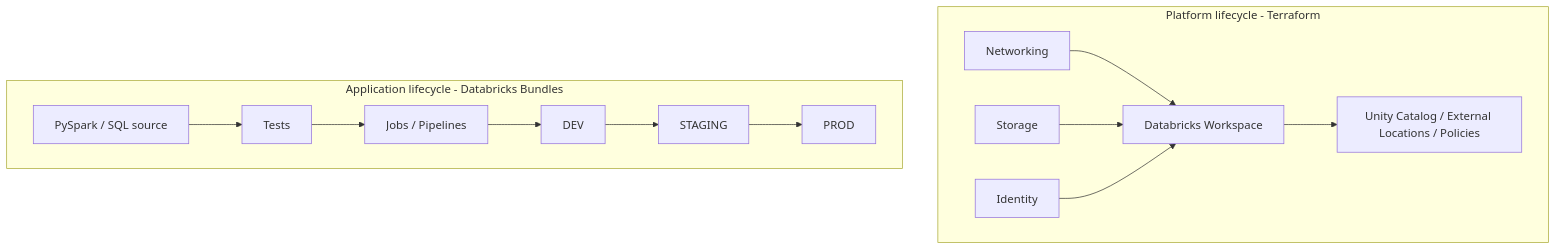
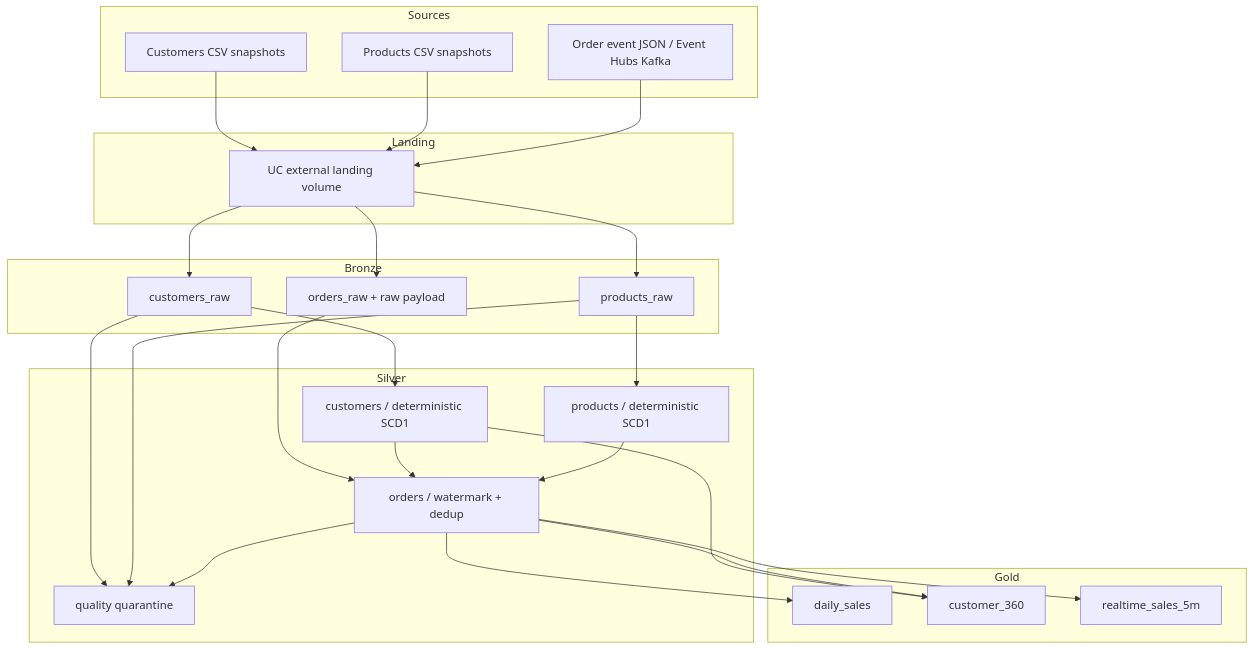
Before and after one commit to MehdiTAZI/modern-data-platform-reference: the diagram in README.md, drawn with Mermaid. The commit also changed other lines of this file and 164 other files, not shown here.

````diff
--- a/README.md
+++ b/README.md
@@ -75,17 +35,45 @@
 ```mermaid
 flowchart TB
-    subgraph Platform[Platform lifecycle - Terraform]
-      N[Networking] --> W[Databricks Workspace]
-      S[Storage] --> W
-      I[Identity] --> W
-      W --> U[Unity Catalog / External Locations / Policies]
-    end
-
-    subgraph Application[Application lifecycle - Databricks Bundles]
-      C[PySpark / SQL source] --> T[Tests]
-      T --> J[Jobs / Pipelines]
-      J --> D[DEV]
-      D --> STG[STAGING]
-      STG --> P[PROD]
-    end
+  subgraph Sources
+    C[Customers CSV snapshots]
+    P[Products CSV snapshots]
+    O[Order event JSON / Event Hubs Kafka]
+  end
+  subgraph Landing
+    V[UC external landing volume]
+  end
+  C --> V
+  P --> V
+  O --> V
+  subgraph Bronze
+    CR[customers_raw]
+    PR[products_raw]
+    OR[orders_raw + raw payload]
+  end
+  V --> CR
+  V --> PR
+  V --> OR
+  subgraph Silver
+    CS[customers / deterministic SCD1]
+    PS[products / deterministic SCD1]
+    OS[orders / watermark + dedup]
+    Q[quality quarantine]
+  end
+  CR --> CS
+  PR --> PS
+  OR --> OS
+  CS --> OS
+  PS --> OS
+  CR --> Q
+  PR --> Q
+  OS --> Q
+  subgraph Gold
+    DS[daily_sales]
+    C360[customer_360]
+    RT[realtime_sales_5m]
+  end
+  OS --> DS
+  CS --> C360
+  OS --> C360
+  OS --> RT
 ```
````
